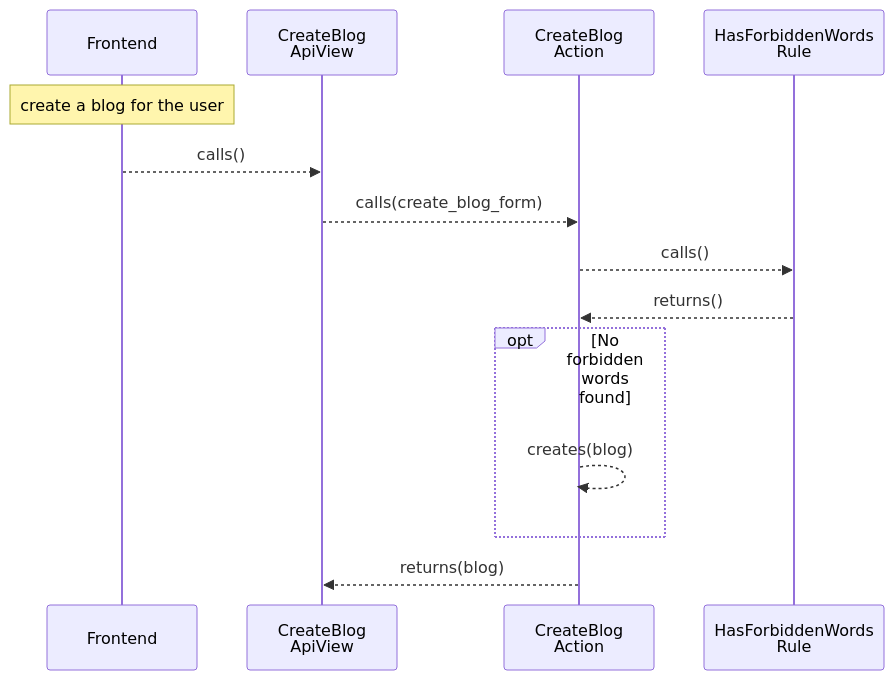
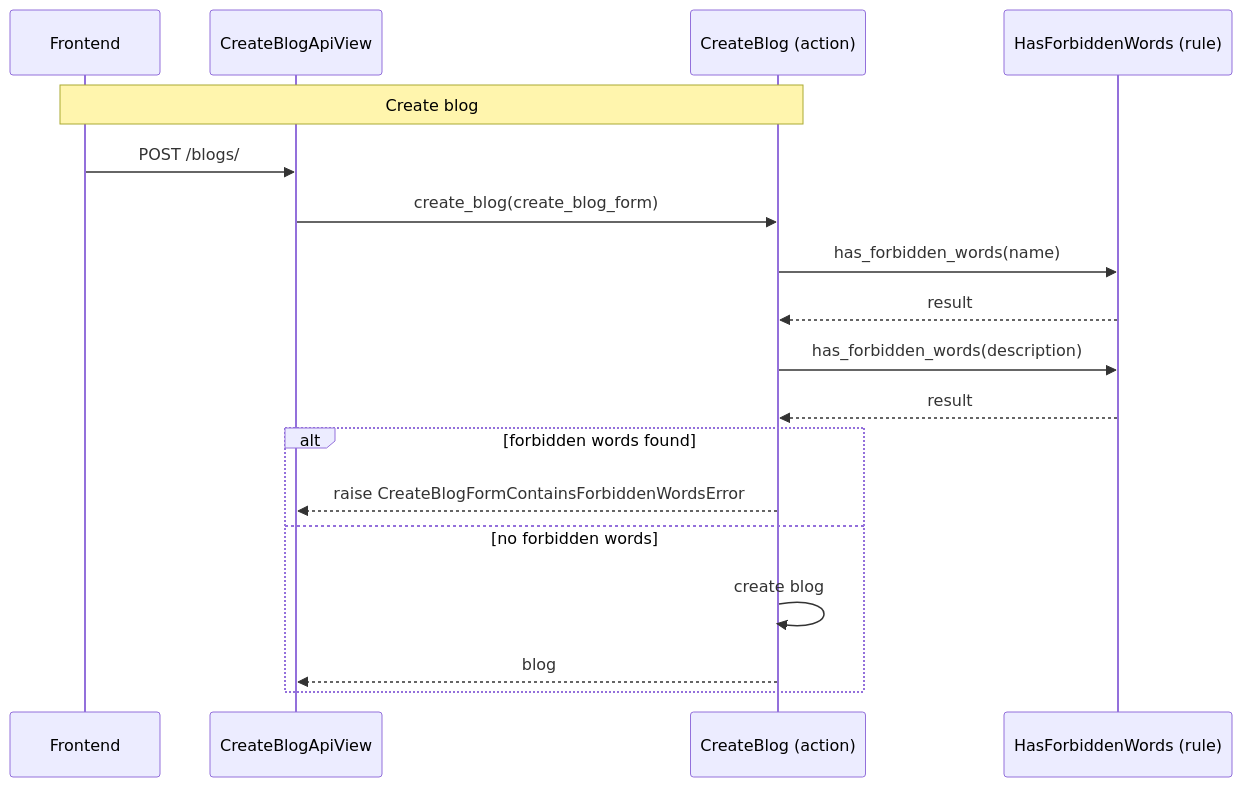
One commit to mnieber/mn-prompts changed the diagram in extra/prompts/examples/blogs/src/services/blogs_be/doc/spec/scenarios/ms1_a_user_creates_a_blog.md. Above: the diagram before and after it, drawn with Mermaid. The commit also changed other lines of this file and 8 other files, not shown here.

````diff
--- a/extra/prompts/examples/blogs/src/services/blogs_be/doc/spec/scenarios/ms1_a_user_creates_a_blog.md
+++ b/extra/prompts/examples/blogs/src/services/blogs_be/doc/spec/scenarios/ms1_a_user_creates_a_blog.md
@@ -7,19 +23,22 @@
 ```mermaid
 sequenceDiagram
-    participant Frontend as Frontend
-    participant CreateBlogApiView as CreateBlog<br/>ApiView
-    participant CreateBlogAction as CreateBlog<br/>Action
-    participant HasForbiddenWordsRule as HasForbiddenWords<br/>Rule
+    participant Frontend
+    participant CBAV as CreateBlogApiView
+    participant CBA as CreateBlog (action)
+    participant HFW as HasForbiddenWords (rule)
 
-    # 🔳 Create Blog
-    note over Frontend: create a blog for the user
-    Frontend -->> CreateBlogApiView: calls()
-    CreateBlogApiView -->> CreateBlogAction: calls(create_blog_form)
-    CreateBlogAction -->> HasForbiddenWordsRule: calls()
-    HasForbiddenWordsRule -->> CreateBlogAction: returns()
-    opt No forbidden words found
-    CreateBlogAction -->> CreateBlogAction: creates(blog)
+    Note over Frontend,CBA: Create blog
+    Frontend->>CBAV: POST /blogs/
+    CBAV->>CBA: create_blog(create_blog_form)
+    CBA->>HFW: has_forbidden_words(name)
+    HFW-->>CBA: result
+    CBA->>HFW: has_forbidden_words(description)
+    HFW-->>CBA: result
+
+    alt forbidden words found
+        CBA-->>CBAV: raise CreateBlogFormContainsForbiddenWordsError
+    else no forbidden words
+        CBA->>CBA: create blog
+        CBA-->>CBAV: blog
     end
-    CreateBlogAction -->> CreateBlogApiView: returns(blog)
-
 ```
````
